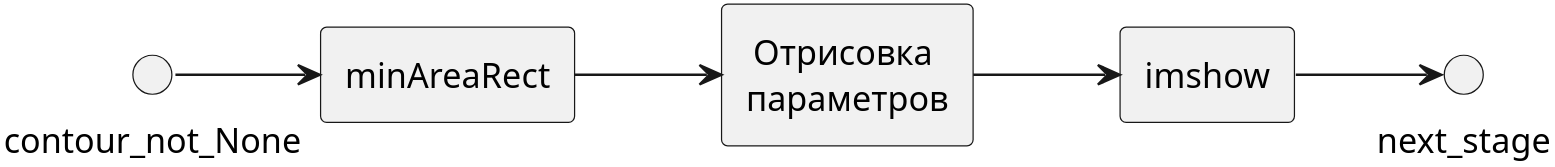
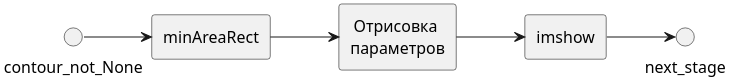
Before and after one commit to volodink/aes-uav-101: the diagram in firedetection-101/lecture/src/diagrams/image-processing-pipeline-3.puml, drawn with PlantUML. The commit also changed 3 other files, not shown here.

Commit message:
Обновлена лекция про обнаружение очага пожара, включая центровку и разрешение диаграмм.

```diff
--- a/firedetection-101/lecture/src/diagrams/image-processing-pipeline-3.puml
+++ b/firedetection-101/lecture/src/diagrams/image-processing-pipeline-3.puml
@@ -1,17 +1,17 @@
 @startuml image-processing-pipeline-3
 skinparam defaultTextAlignment center
-skinparam dpi 600
+skinparam dpi 280
 skinparam nodesep 60
 ' left to right direction
 
 rectangle "minAreaRect" as minarearect
 rectangle "Отрисовка \nпараметров" as showhud
 rectangle "imshow" as showpic
 
 
 contour_not_None -> minarearect
 minarearect -> showhud
 showhud -> showpic
 showpic -> next_stage
 
 @enduml
```
